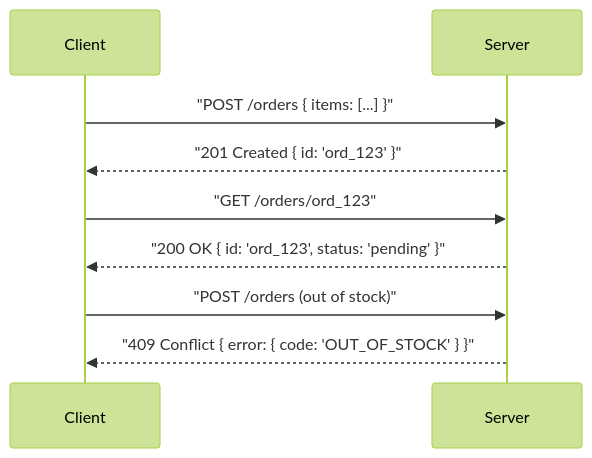
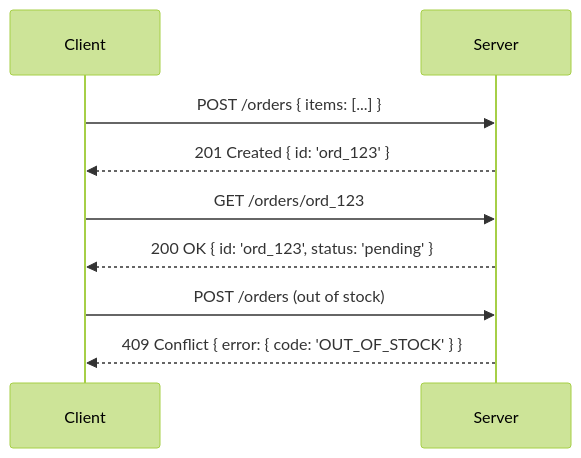
Before and after one commit to Shettysai/prepperly-content: the diagram in phases/07-system-design/api-design.md, drawn with Mermaid (forest theme). The commit also changed 9 other files, not shown here.

First line of the commit message:
Fix quote marks rendering literally in sequence diagrams

````diff
--- a/phases/07-system-design/api-design.md
+++ b/phases/07-system-design/api-design.md
@@ -47,14 +47,14 @@
 ```mermaid
 sequenceDiagram
   participant C as Client
   participant S as Server
 
-  C->>S: "POST /orders { items: [...] }"
-  S-->>C: "201 Created { id: 'ord_123' }"
+  C->>S: POST /orders { items: [...] }
+  S-->>C: 201 Created { id: 'ord_123' }
 
-  C->>S: "GET /orders/ord_123"
-  S-->>C: "200 OK { id: 'ord_123', status: 'pending' }"
+  C->>S: GET /orders/ord_123
+  S-->>C: 200 OK { id: 'ord_123', status: 'pending' }
 
-  C->>S: "POST /orders (out of stock)"
-  S-->>C: "409 Conflict { error: { code: 'OUT_OF_STOCK' } }"
+  C->>S: POST /orders (out of stock)
+  S-->>C: 409 Conflict { error: { code: 'OUT_OF_STOCK' } }
 ```
````
